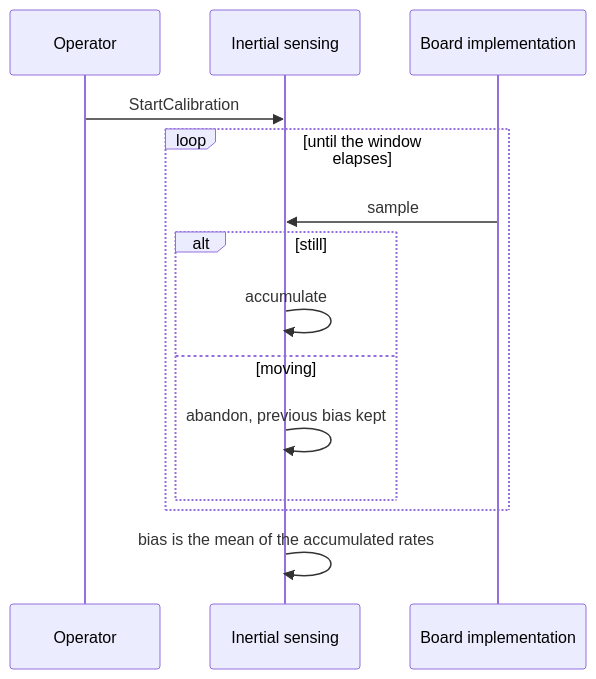
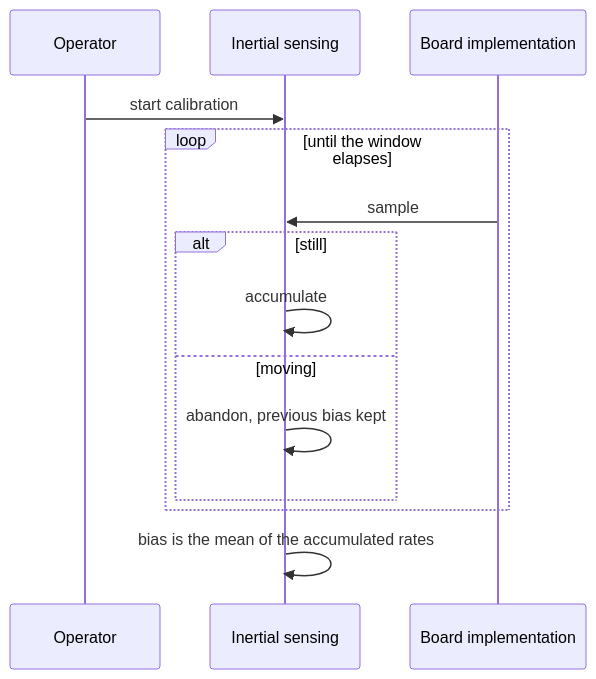
The third of 4 diagrams in documentation/design/imu-sensing.md (embedded-pro/e-inverted-pendulum), drawn with Mermaid before and after one commit. The commit also changed other lines of this file and 20 other files, not shown here.

First line of the commit message:
docs: apply kit documentation rules to design, theory and architecture (#75)

````diff
--- a/documentation/design/imu-sensing.md
+++ b/documentation/design/imu-sensing.md
@@ -240,17 +240,17 @@
 ```mermaid
 sequenceDiagram
     participant Operator
     participant Sensing as Inertial sensing
     participant Board as Board implementation
 
-    Operator->>Sensing: StartCalibration
+    Operator->>Sensing: start calibration
     loop until the window elapses
         Board->>Sensing: sample
         alt still
             Sensing->>Sensing: accumulate
         else moving
             Sensing->>Sensing: abandon, previous bias kept
         end
     end
     Sensing->>Sensing: bias is the mean of the accumulated rates
 ```
````
